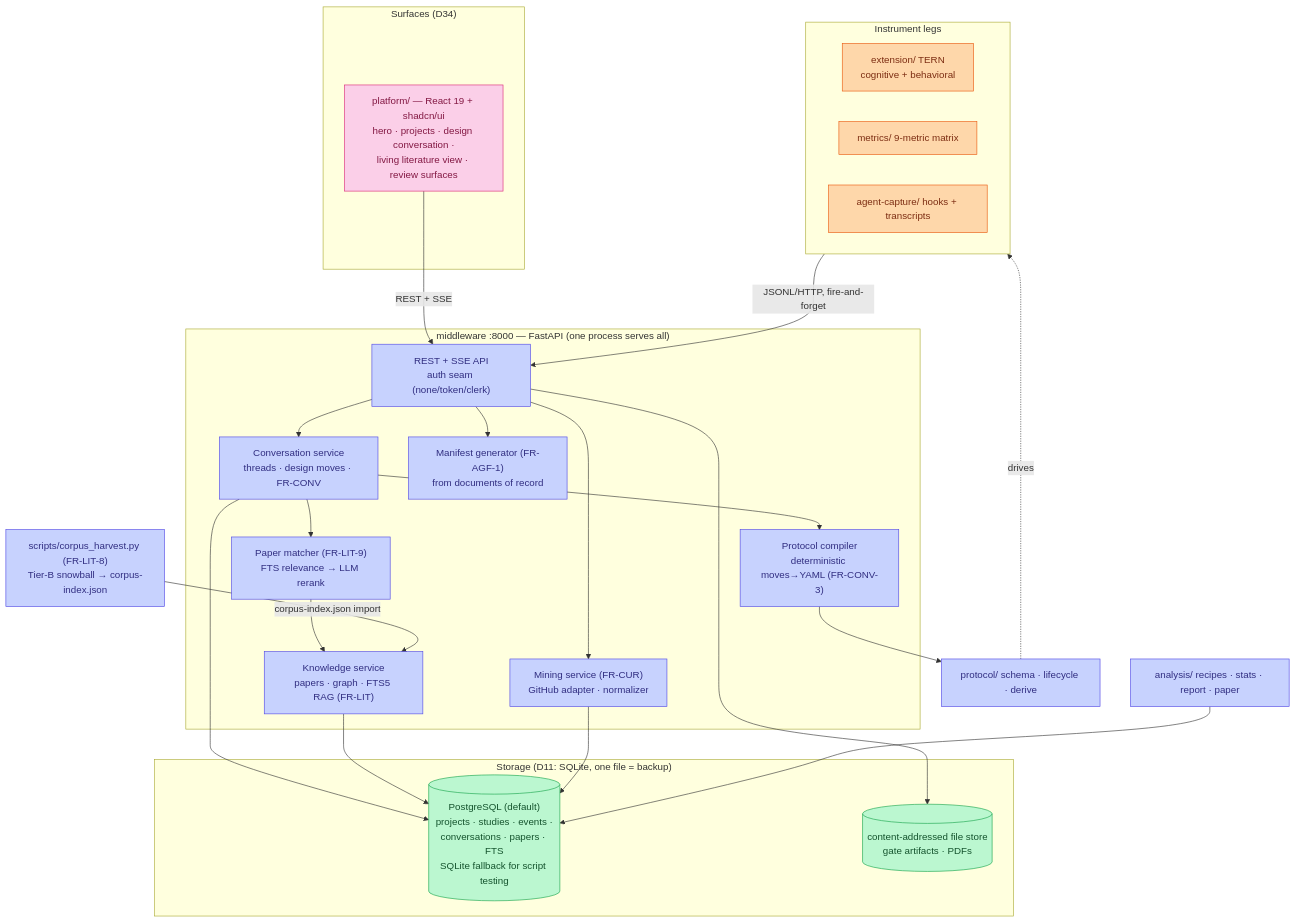
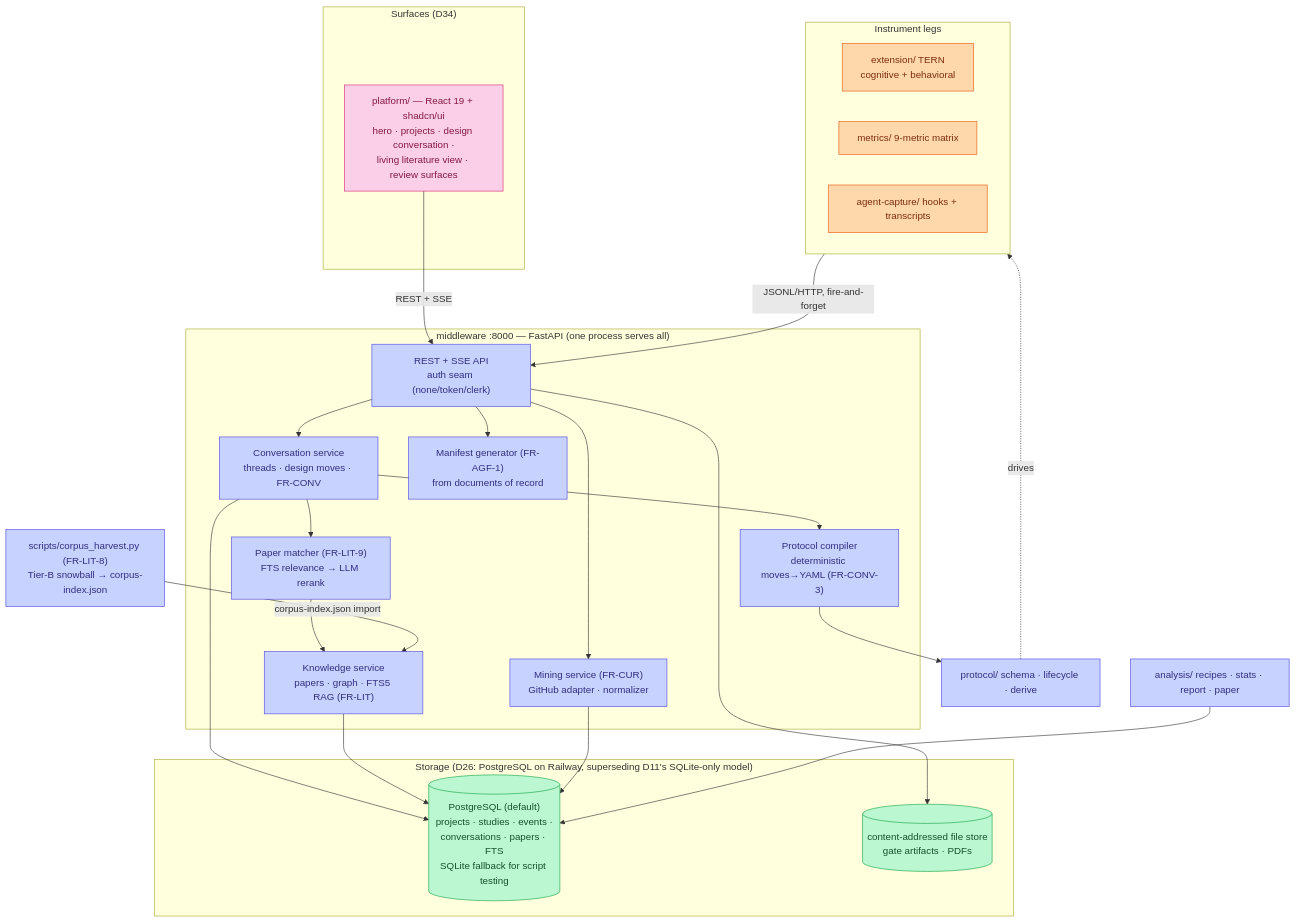
The second of 3 diagrams in docs/design/architecture.md (idreesshaikh/human-ai-studies-framework), drawn with Mermaid before and after one commit. The commit also changed 80 other files, not shown here.

Commit message:
Add the TERN instrument surface and constellation graph

````diff
--- a/docs/design/architecture.md
+++ b/docs/design/architecture.md
@@ -46,48 +46,48 @@
 ```mermaid
 flowchart TB
     classDef ui fill:#fbcfe8,stroke:#db2777,color:#831843
     classDef svc fill:#c7d2fe,stroke:#4f46e5,color:#312e81
     classDef store fill:#bbf7d0,stroke:#16a34a,color:#14532d
     classDef edge fill:#fed7aa,stroke:#ea580c,color:#7c2d12
 
     subgraph SURFACES["Surfaces (D34)"]
         PLAT["platform/ — React 19 + shadcn/ui<br/>hero · projects · design conversation ·<br/>living literature view · review surfaces"]:::ui
     end
 
     subgraph MW["middleware :8000 — FastAPI (one process serves all)"]
         API["REST + SSE API<br/>auth seam (none/token/clerk)"]:::svc
         CONV["Conversation service<br/>threads · design moves · FR-CONV"]:::svc
         COMPILER["Protocol compiler<br/>deterministic moves→YAML (FR-CONV-3)"]:::svc
         MATCH["Paper matcher (FR-LIT-9)<br/>FTS relevance → LLM rerank"]:::svc
         KNOW["Knowledge service<br/>papers · graph · FTS5 RAG (FR-LIT)"]:::svc
         MINE["Mining service (FR-CUR)<br/>GitHub adapter · normalizer"]:::svc
         MANIFEST["Manifest generator (FR-AGF-1)<br/>from documents of record"]:::svc
     end
 
-    subgraph STORES["Storage (D11: SQLite, one file = backup)"]
+    subgraph STORES["Storage (D26: PostgreSQL on Railway, superseding D11's SQLite-only model)"]
         DB[("PostgreSQL (default)<br/>projects · studies · events ·<br/>conversations · papers · FTS<br/>SQLite fallback for script testing")]:::store
         FILES[("content-addressed file store<br/>gate artifacts · PDFs")]:::store
     end
 
     subgraph LEGS["Instrument legs"]
         EXT["extension/ TERN<br/>cognitive + behavioral"]:::edge
         MET["metrics/ 9-metric matrix"]:::edge
         AGC["agent-capture/ hooks + transcripts"]:::edge
     end
 
     HARVEST["scripts/corpus_harvest.py (FR-LIT-8)<br/>Tier-B snowball → corpus-index.json"]:::svc
     ANA["analysis/ recipes · stats · report · paper"]:::svc
     PROTO["protocol/ schema · lifecycle · derive"]:::svc
 
     PLAT -->|REST + SSE| API
     API --> CONV --> COMPILER --> PROTO
     CONV --> MATCH --> KNOW
     API --> MINE
     API --> MANIFEST
     CONV & KNOW & MINE --> DB
     API --> FILES
     LEGS -->|JSONL/HTTP, fire-and-forget| API
     HARVEST -->|corpus-index.json import| KNOW
     ANA --> DB
     PROTO -.->|drives| LEGS
 ```
````
